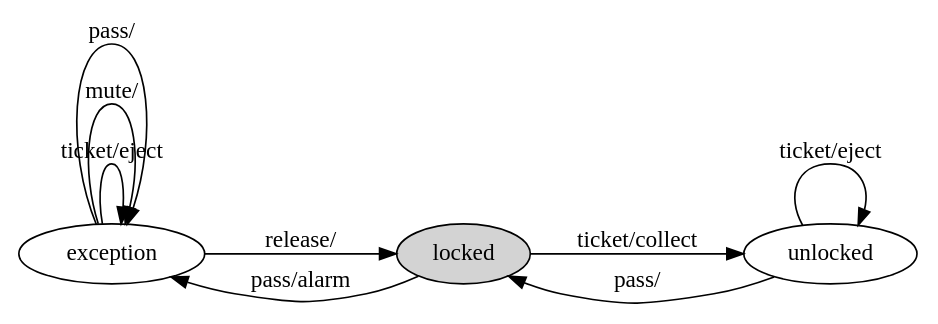
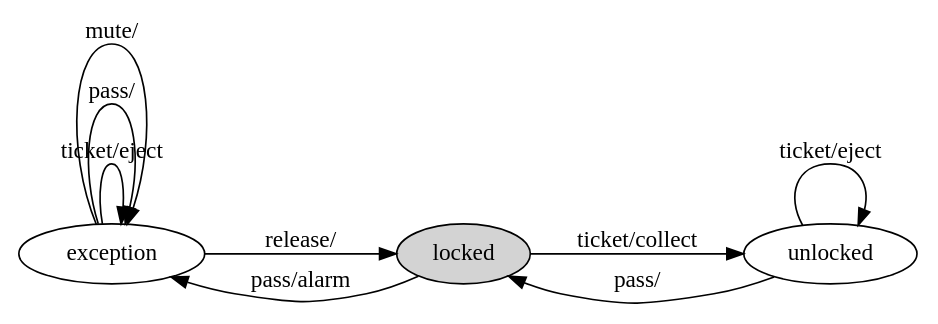
The diagram in languages/FSML/Python/dot/sample.dot (softlang/yas), drawn with Graphviz before and after one commit. The commit also changed other lines of this file and 61 other files, not shown here.

```diff
--- a/languages/FSML/Python/dot/sample.dot
+++ b/languages/FSML/Python/dot/sample.dot
@@ -1,18 +1,18 @@
 digraph  {
 	graph [nodesep=0.5,
 		rankdir=LR,
 		title="Sample FSM"
 	];
 	exception	 [shape=ellipse];
 	exception -> exception	 [label="ticket/eject"];
+	exception -> exception	 [label="pass/"];
 	exception -> exception	 [label="mute/"];
-	exception -> exception	 [label="pass/"];
 	locked	 [shape=ellipse,
 		style=filled];
 	exception -> locked	 [label="release/"];
 	locked -> exception	 [label="pass/alarm"];
 	unlocked	 [shape=ellipse];
 	locked -> unlocked	 [label="ticket/collect"];
 	unlocked -> locked	 [label="pass/"];
 	unlocked -> unlocked	 [label="ticket/eject"];
 }
```
